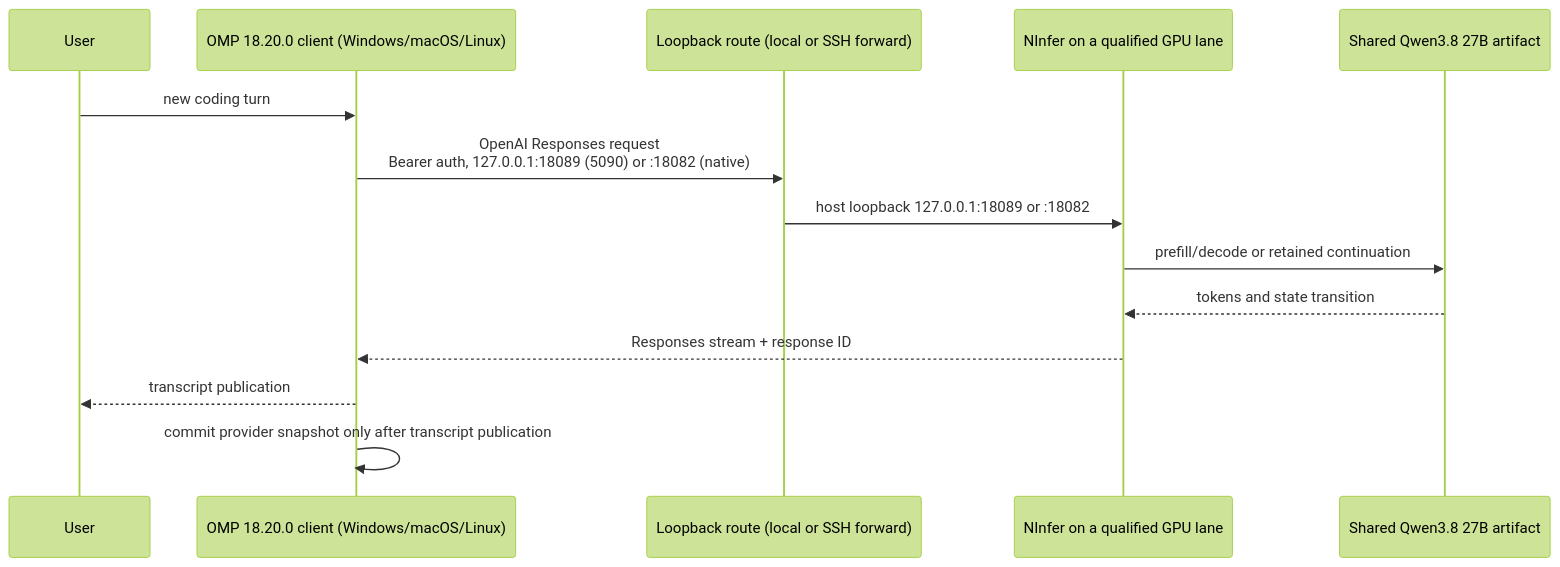
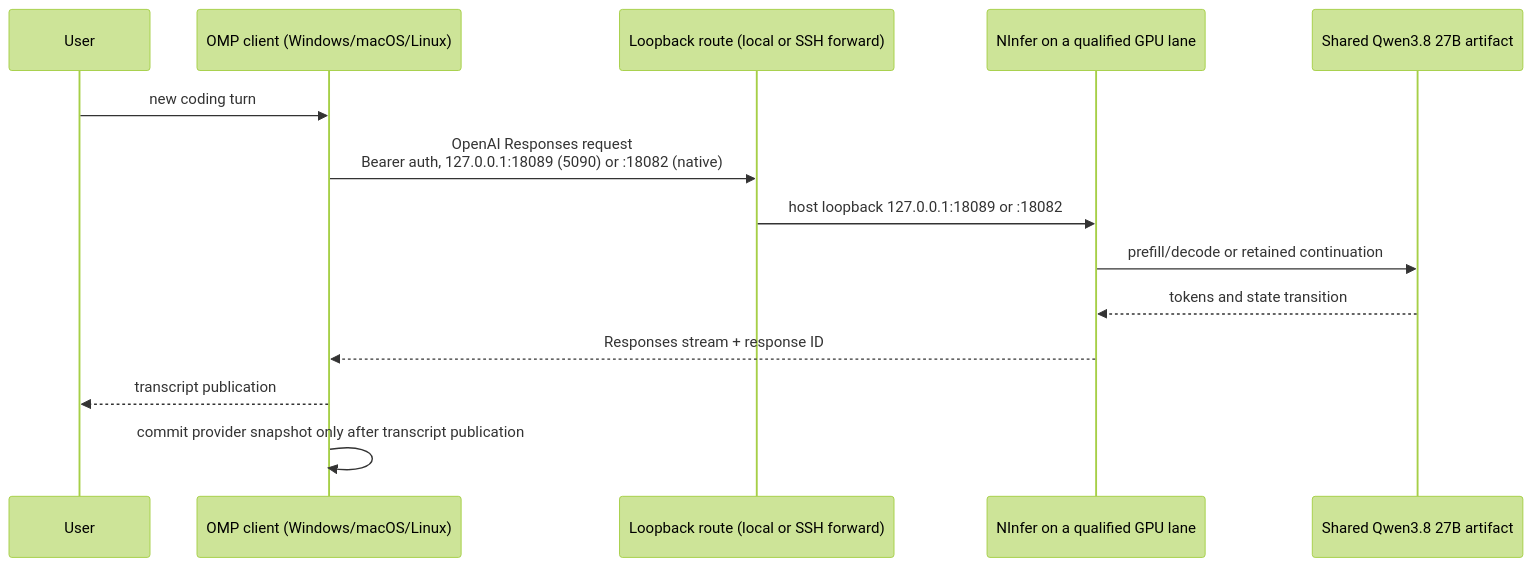
The diagram in docs/ARCHITECTURE.md (alphastorm/omp-ninfer), drawn with Mermaid (forest theme) before and after one commit. The commit also changed other lines of this file and 26 other files, not shown here.

````diff
--- a/docs/ARCHITECTURE.md
+++ b/docs/ARCHITECTURE.md
@@ -12,17 +14,17 @@
 ```mermaid
 sequenceDiagram
     participant User
-    participant OMP as OMP 18.20.0 client (Windows/macOS/Linux)
+    participant OMP as OMP client (Windows/macOS/Linux)
     participant Route as Loopback route (local or SSH forward)
     participant NInfer as NInfer on a qualified GPU lane
     participant GPU as Shared Qwen3.8 27B artifact
 
     User->>OMP: new coding turn
     OMP->>Route: OpenAI Responses request<br/>Bearer auth, 127.0.0.1:18089 (5090) or :18082 (native)
     Route->>NInfer: host loopback 127.0.0.1:18089 or :18082
     NInfer->>GPU: prefill/decode or retained continuation
     GPU-->>NInfer: tokens and state transition
     NInfer-->>OMP: Responses stream + response ID
     OMP-->>User: transcript publication
     OMP->>OMP: commit provider snapshot only after transcript publication
 ```
````
